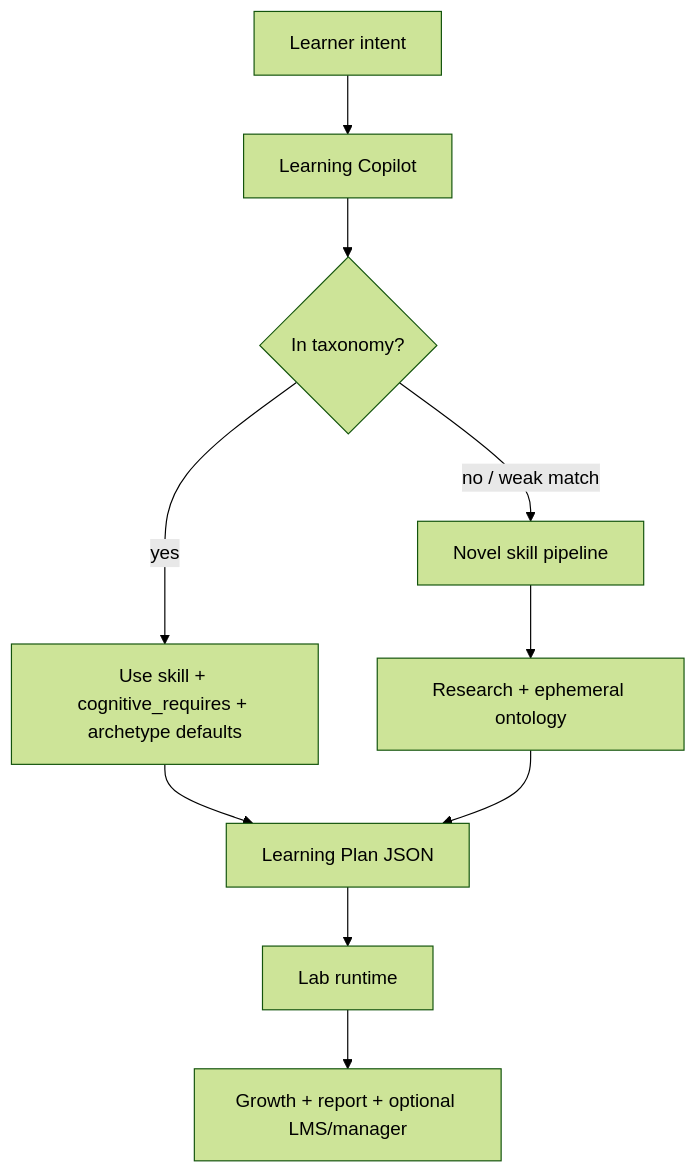
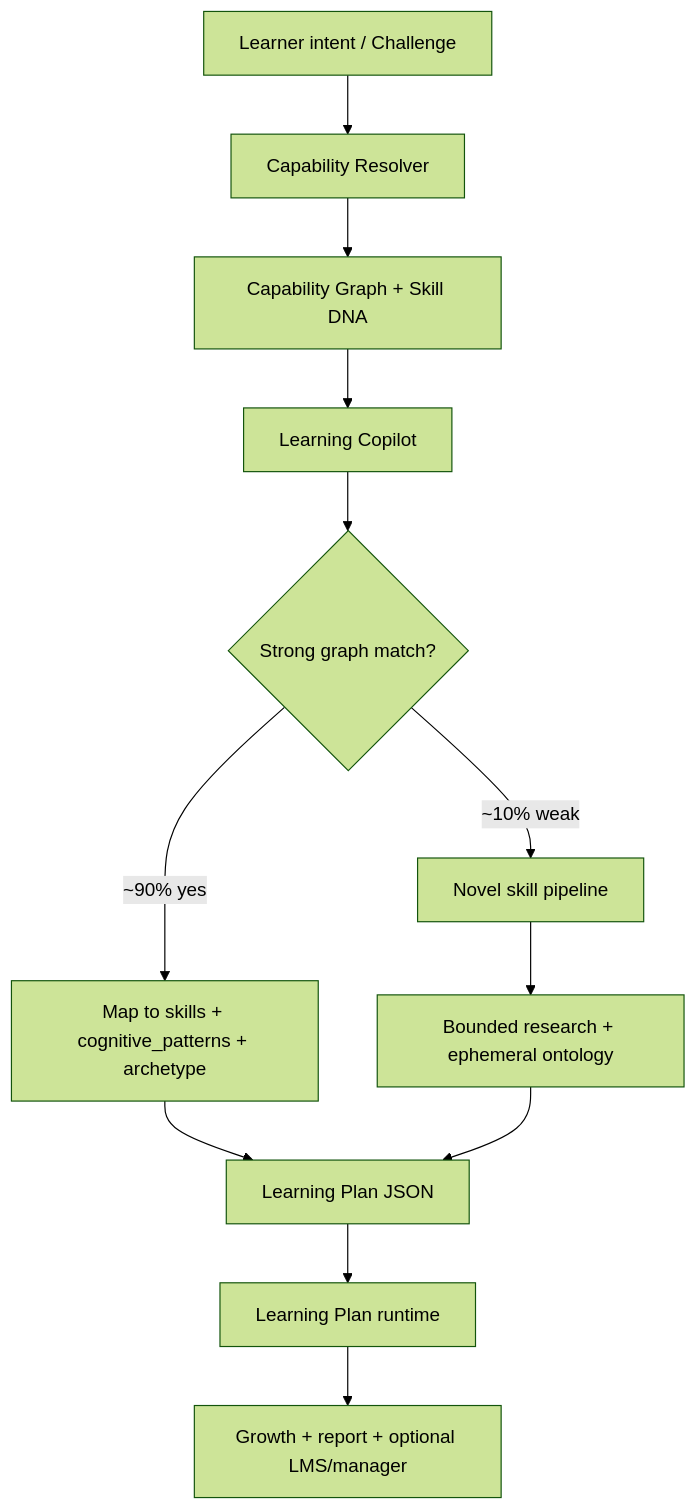
One commit to iVectorFlux/sprint changed the second of 5 diagrams in futureplan.md. Above: the diagram before and after it, drawn with Mermaid (forest theme). The commit also changed other lines of this file and 42 other files, not shown here.

````diff
--- a/futureplan.md
+++ b/futureplan.md
@@ -274,12 +478,14 @@
 ```mermaid
 flowchart TB
-  I[Learner intent] --> C[Learning Copilot]
-  C --> M{In taxonomy?}
-  M -->|yes| T[Use skill + cognitive_requires + archetype defaults]
-  M -->|no / weak match| N[Novel skill pipeline]
+  I[Learner intent / Challenge] --> R[Capability Resolver]
+  R --> G[Capability Graph + Skill DNA]
+  G --> C[Learning Copilot]
+  C --> M{Strong graph match?}
+  M -->|~90% yes| T[Map to skills + cognitive_patterns + archetype]
+  M -->|~10% weak| N[Novel skill pipeline]
   T --> B[Learning Plan JSON]
-  N --> R[Research + ephemeral ontology]
-  R --> B
-  B --> L[Lab runtime]
-  L --> G[Growth + report + optional LMS/manager]
+  N --> R2[Bounded research + ephemeral ontology]
+  R2 --> B
+  B --> L[Learning Plan runtime]
+  L --> G2[Growth + report + optional LMS/manager]
 ```
````
